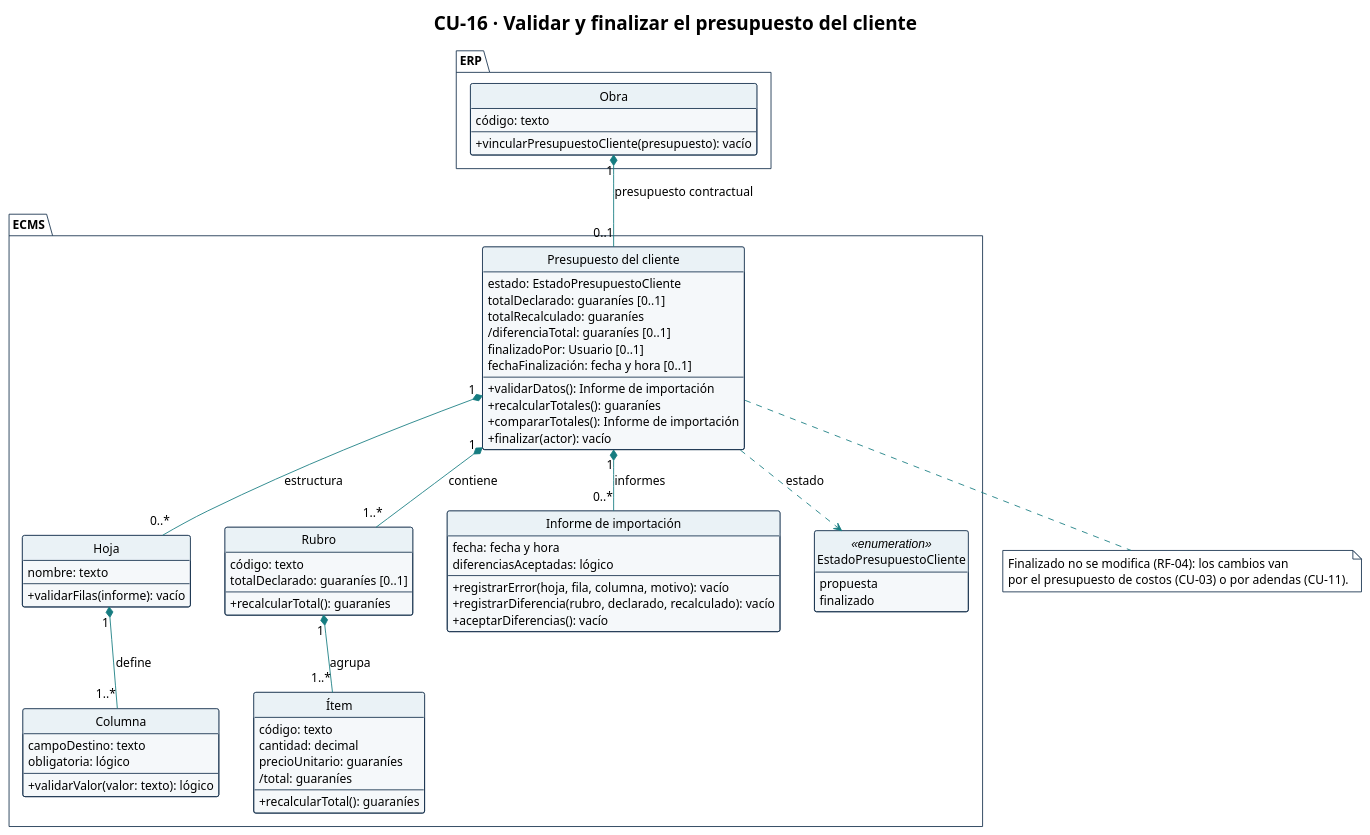
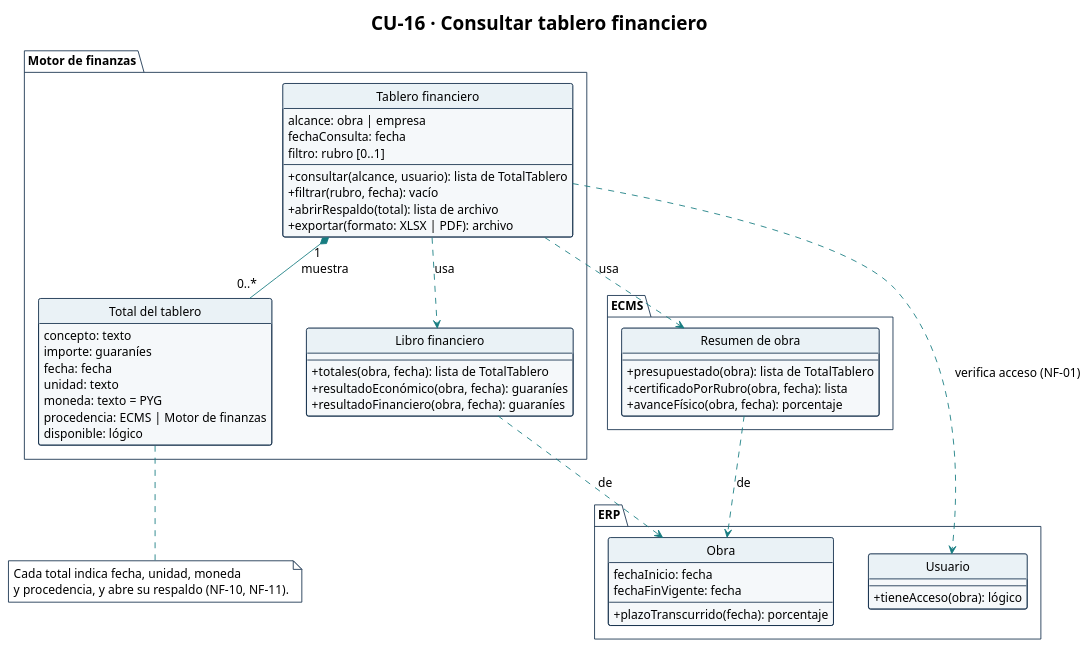
The diagram in diagramas/CU-16-clases.puml (Ssrrb/tpf-uca), drawn with PlantUML before and after one commit. The commit also changed 51 other files, not shown here.

First line of the commit message:
Renumera los diagramas de CU 1 al 16 en orden de dependencia y saca los que salen del MVP

```diff
--- a/diagramas/CU-16-clases.puml
+++ b/diagramas/CU-16-clases.puml
@@ -1,109 +1,93 @@
 @startuml
 !theme plain
 skinparam style strictuml
-title CU-16 · Validar y finalizar el presupuesto del cliente
+title CU-16 · Consultar tablero financiero
 hide circle
 hide empty methods
 hide empty fields
 skinparam shadowing false
 skinparam classAttributeIconSize 0
 skinparam defaultFontName Arial
 skinparam defaultFontSize 14
 skinparam nodesep 40
 skinparam ranksep 50
 skinparam ArrowColor #167C80
 skinparam class {
   BackgroundColor #F5F8FA
   BorderColor #17324D
   HeaderBackgroundColor #EAF2F6
 }
 skinparam package {
   BackgroundColor #FFFFFF
   BorderColor #17324D
 }
 skinparam note {
   BackgroundColor #FFFFFF
   BorderColor #17324D
 }
-package "ERP" {
-  class Obra {
-    código: texto
+package "Motor de finanzas" {
+  class "Tablero financiero" as Tablero {
+    alcance: obra | empresa
+    fechaConsulta: fecha
+    filtro: rubro [0..1]
     --
-    + vincularPresupuestoCliente(presupuesto): vacío
+    + consultar(alcance, usuario): lista de TotalTablero
+    + filtrar(rubro, fecha): vacío
+    + abrirRespaldo(total): lista de archivo
+    + exportar(formato: XLSX | PDF): archivo
+  }
+
+  class "Total del tablero" as TotalTablero {
+    concepto: texto
+    importe: guaraníes
+    fecha: fecha
+    unidad: texto
+    moneda: texto = PYG
+    procedencia: ECMS | Motor de finanzas
+    disponible: lógico
+  }
+
+  class "Libro financiero" as LibroFinanciero {
+    --
+    + totales(obra, fecha): lista de TotalTablero
+    + resultadoEconómico(obra, fecha): guaraníes
+    + resultadoFinanciero(obra, fecha): guaraníes
   }
 }
 
 package "ECMS" {
-
-  class "Presupuesto del cliente" as PresupuestoCliente {
-    estado: EstadoPresupuestoCliente
-    totalDeclarado: guaraníes [0..1]
-    totalRecalculado: guaraníes
-    /diferenciaTotal: guaraníes [0..1]
-    finalizadoPor: Usuario [0..1]
-    fechaFinalización: fecha y hora [0..1]
+  class "Resumen de obra" as ResumenObra {
     --
-    + validarDatos(): Informe de importación
-    + recalcularTotales(): guaraníes
-    + compararTotales(): Informe de importación
-    + finalizar(actor): vacío
-  }
-
-  class Hoja {
-    nombre: texto
-    --
-    + validarFilas(informe): vacío
-  }
-
-  class Columna {
-    campoDestino: texto
-    obligatoria: lógico
-    --
-    + validarValor(valor: texto): lógico
-  }
-
-  class Rubro {
-    código: texto
-    totalDeclarado: guaraníes [0..1]
-    --
-    + recalcularTotal(): guaraníes
-  }
-
-  class "Ítem" as Item {
-    código: texto
-    cantidad: decimal
-    precioUnitario: guaraníes
-    /total: guaraníes
-    --
-    + recalcularTotal(): guaraníes
-  }
-
-  class "Informe de importación" as InformeImportacion {
-    fecha: fecha y hora
-    diferenciasAceptadas: lógico
-    --
-    + registrarError(hoja, fila, columna, motivo): vacío
-    + registrarDiferencia(rubro, declarado, recalculado): vacío
-    + aceptarDiferencias(): vacío
-  }
-
-  enum EstadoPresupuestoCliente <<enumeration>> {
-    propuesta
-    finalizado
+    + presupuestado(obra): lista de TotalTablero
+    + certificadoPorRubro(obra, fecha): lista
+    + avanceFísico(obra, fecha): porcentaje
   }
 }
 
-Obra "1" *-- "0..1" PresupuestoCliente : presupuesto contractual
-PresupuestoCliente "1" *-- "0..*" Hoja : estructura
-Hoja "1" *-- "1..*" Columna : define
-PresupuestoCliente "1" *-- "1..*" Rubro : contiene
-Rubro "1" *-- "1..*" Item : agrupa
-PresupuestoCliente "1" *-- "0..*" InformeImportacion : informes
+package "ERP" {
+  class Usuario {
+    --
+    + tieneAcceso(obra): lógico
+  }
 
-PresupuestoCliente ..> EstadoPresupuestoCliente : estado
-note bottom of PresupuestoCliente
-  Finalizado no se modifica (RF-04): los cambios van
-  por el presupuesto de costos (CU-03) o por adendas (CU-11).
+  class Obra {
+    fechaInicio: fecha
+    fechaFinVigente: fecha
+    --
+    + plazoTranscurrido(fecha): porcentaje
+  }
+}
+
+Tablero "1" *-- "0..*" TotalTablero : muestra
+Tablero ..> LibroFinanciero : usa
+Tablero ..> ResumenObra : usa
+Tablero ..> Usuario : verifica acceso (NF-01)
+ResumenObra ..> Obra : de
+LibroFinanciero ..> Obra : de
+
+note bottom of TotalTablero
+  Cada total indica fecha, unidad, moneda
+  y procedencia, y abre su respaldo (NF-10, NF-11).
 end note
 
 @enduml
```
